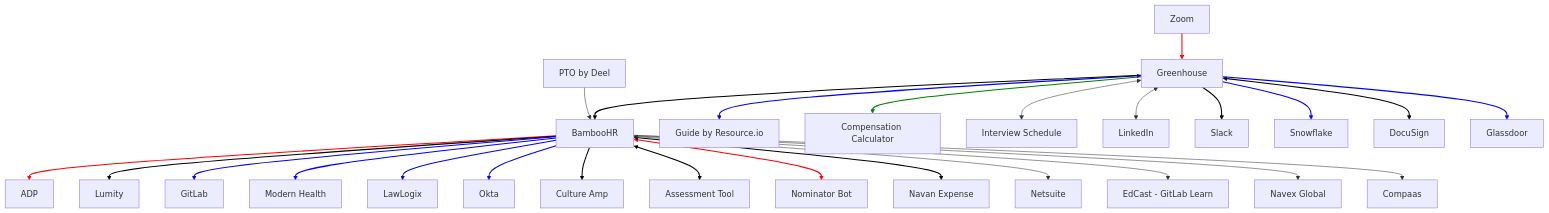
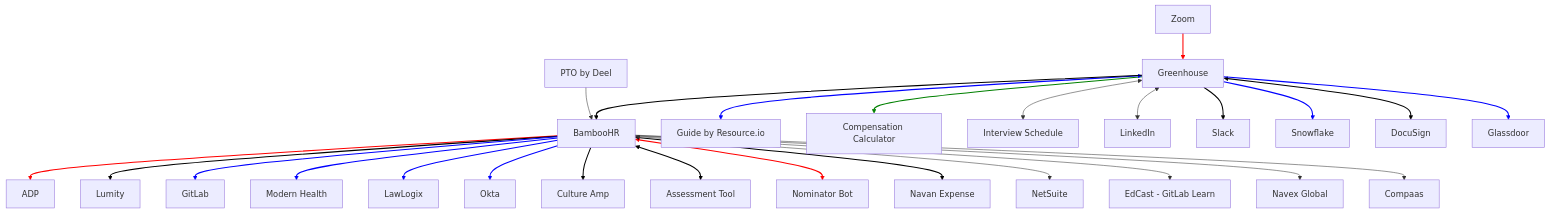
One commit to secretstartups/handbook changed the diagram in people-group/systems-architecture/index.html.md. Above: the diagram before and after it, drawn with Mermaid. The commit also changed other lines of this file and 2 other files, not shown here.

Commit message:
Fix typos in handbook: handbook/pe-pr

```diff
--- a/people-group/systems-architecture/index.html.md
+++ b/people-group/systems-architecture/index.html.md
@@ -41,7 +41,7 @@
     X[Glassdoor]
     Y[Zoom]
     Z[Navan Expense]
-    AA[Netsuite]
+    AA[NetSuite]
 
     A --> P 
     linkStyle 0 stroke-width:2px,fill:none,stroke:green;
```
